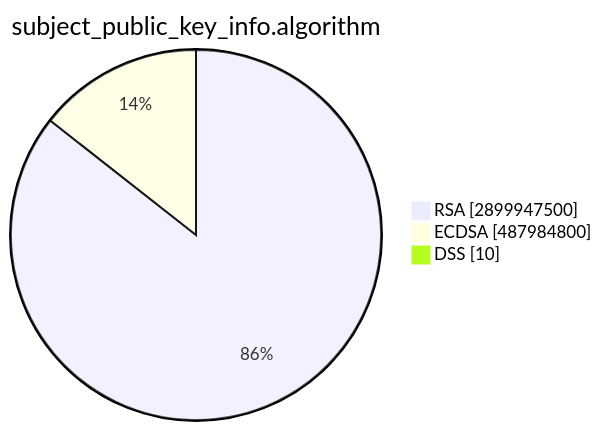
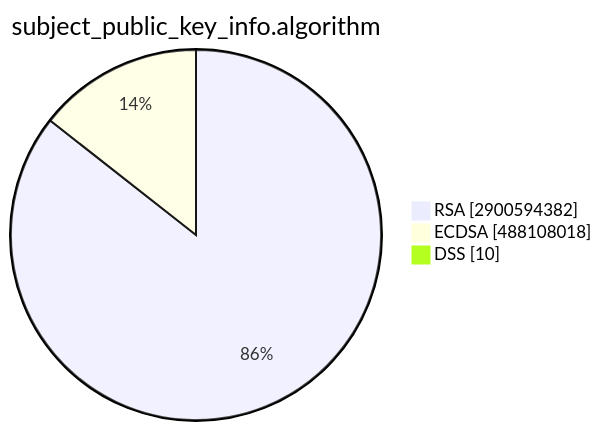
One commit to christiankrug/ctmonitor_visualization changed the second of 15 diagrams in TOTAL/README.md. Above: the diagram before and after it, drawn with Mermaid. The commit also changed other lines of this file, not shown here.

````diff
--- a/TOTAL/README.md
+++ b/TOTAL/README.md
@@ -6,7 +6,7 @@
 ```mermaid
 pie showData
 title subject_public_key_info.algorithm
-"RSA" :2899947500
-"ECDSA" :487984800
+"RSA" :2900594382
+"ECDSA" :488108018
 "DSS" :10
 ```
````
